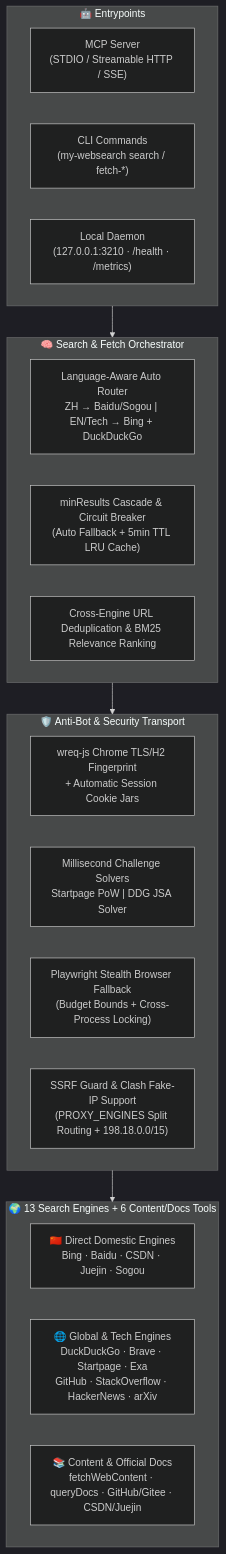
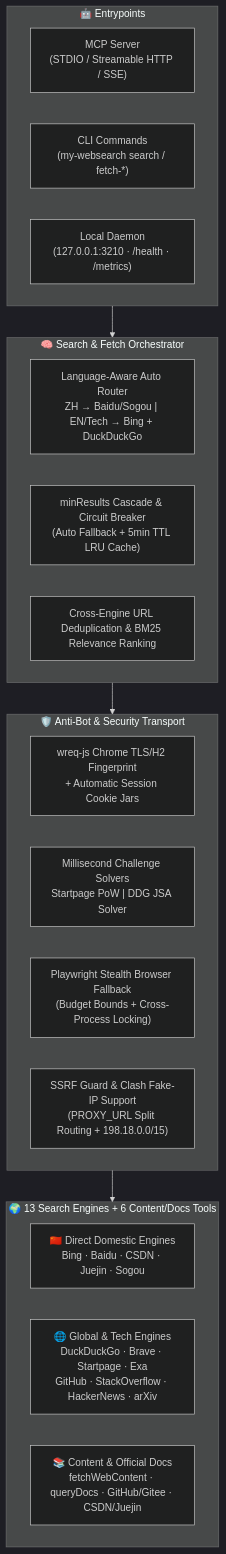
Before and after one commit to wtznicy/my-websearch: the diagram in README.md, drawn with Mermaid (dark theme). The commit also changed other lines of this file and 1 other file, not shown here.

Commit message:
docs: 完善中英文README配置示例、架构图变量、默认引擎清单及代理排障章节

````diff
--- a/README.md
+++ b/README.md
@@ -47,31 +47,31 @@
 ```mermaid
 flowchart TB
     subgraph Clients["🤖 Entrypoints"]
         MCP["MCP Server<br/>(STDIO / Streamable HTTP / SSE)"]
         CLI["CLI Commands<br/>(my-websearch search / fetch-*)"]
         Daemon["Local Daemon<br/>(127.0.0.1:3210 · /health · /metrics)"]
     end
 
     subgraph Core["🧠 Search & Fetch Orchestrator"]
         Router["Language-Aware Auto Router<br/>ZH → Baidu/Sogou | EN/Tech → Bing + DuckDuckGo"]
         Cascade["minResults Cascade & Circuit Breaker<br/>(Auto Fallback + 5min TTL LRU Cache)"]
         Ranker["Cross-Engine URL Deduplication & BM25 Relevance Ranking"]
     end
 
     subgraph Transport["🛡️ Anti-Bot & Security Transport"]
         Wreq["wreq-js Chrome TLS/H2 Fingerprint<br/>+ Automatic Session Cookie Jars"]
         Solvers["Millisecond Challenge Solvers<br/>Startpage PoW | DDG JSA Solver"]
         PW["Playwright Stealth Browser Fallback<br/>(Budget Bounds + Cross-Process Locking)"]
-        Guard["SSRF Guard & Clash Fake-IP Support<br/>(PROXY_ENGINES Split Routing + 198.18.0.0/15)"]
+        Guard["SSRF Guard & Clash Fake-IP Support<br/>(PROXY_URL Split Routing + 198.18.0.0/15)"]
     end
 
     subgraph Engines["🌍 13 Search Engines + 6 Content/Docs Tools"]
         CN["🇨🇳 Direct Domestic Engines<br/>Bing · Baidu · CSDN · Juejin · Sogou"]
         INTL["🌐 Global & Tech Engines<br/>DuckDuckGo · Brave · Startpage · Exa<br/>GitHub · StackOverflow · HackerNews · arXiv"]
         Docs["📚 Content & Official Docs<br/>fetchWebContent · queryDocs · GitHub/Gitee · CSDN/Juejin"]
     end
 
     Clients --> Core
     Core --> Transport
     Transport --> Engines
 ```
````
